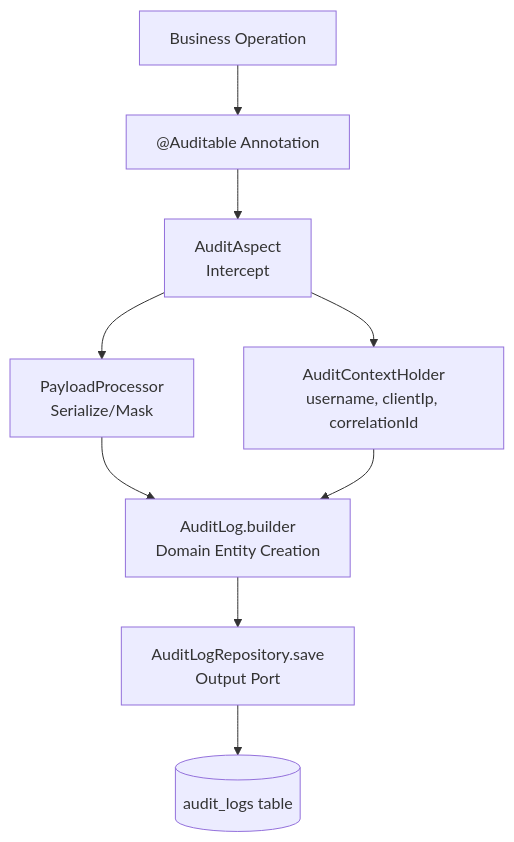
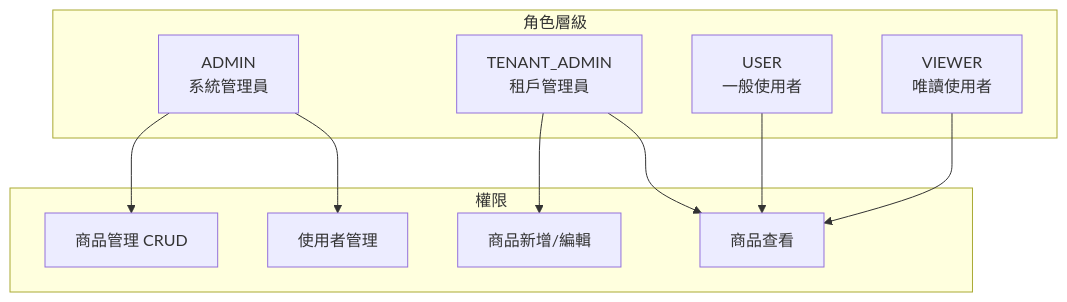
One commit to ChunPingWang/rbac-sso-poc changed the third of 9 diagrams in README.md. Above: the diagram before and after it, drawn with Mermaid. The commit also changed other lines of this file and 15 other files, not shown here.

````diff
--- a/README.md
+++ b/README.md
@@ -117,13 +135,23 @@
 ```mermaid
-flowchart TD
-    BO[Business Operation] --> AUD["@Auditable Annotation"]
-    AUD --> ASP[AuditAspect<br/>Intercept]
-    ASP --> PP[PayloadProcessor<br/>Serialize/Mask]
-    ASP --> ACH[AuditContextHolder<br/>username, clientIp, correlationId]
+graph TB
+    subgraph Roles["角色層級"]
+        ADMIN[ADMIN<br/>系統管理員]
+        TENANT_ADMIN[TENANT_ADMIN<br/>租戶管理員]
+        USER[USER<br/>一般使用者]
+        VIEWER[VIEWER<br/>唯讀使用者]
+    end
 
-    PP --> BLD[AuditLog.builder<br/>Domain Entity Creation]
-    ACH --> BLD
+    subgraph Permissions["權限"]
+        P1[商品管理 CRUD]
+        P2[使用者管理]
+        P3[商品新增/編輯]
+        P4[商品查看]
+    end
 
-    BLD --> REPO[AuditLogRepository.save<br/>Output Port]
-    REPO --> DB[(audit_logs table)]
+    ADMIN --> P1
+    ADMIN --> P2
+    TENANT_ADMIN --> P3
+    TENANT_ADMIN --> P4
+    USER --> P4
+    VIEWER --> P4
 ```
````
